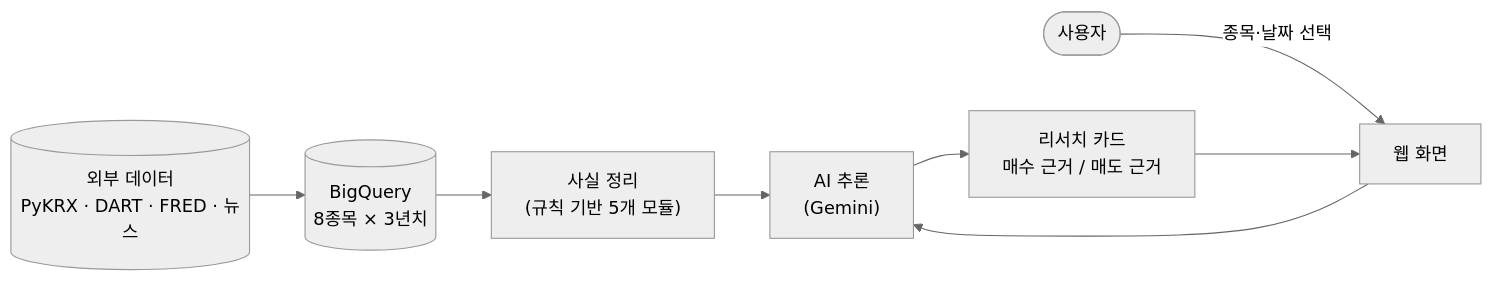
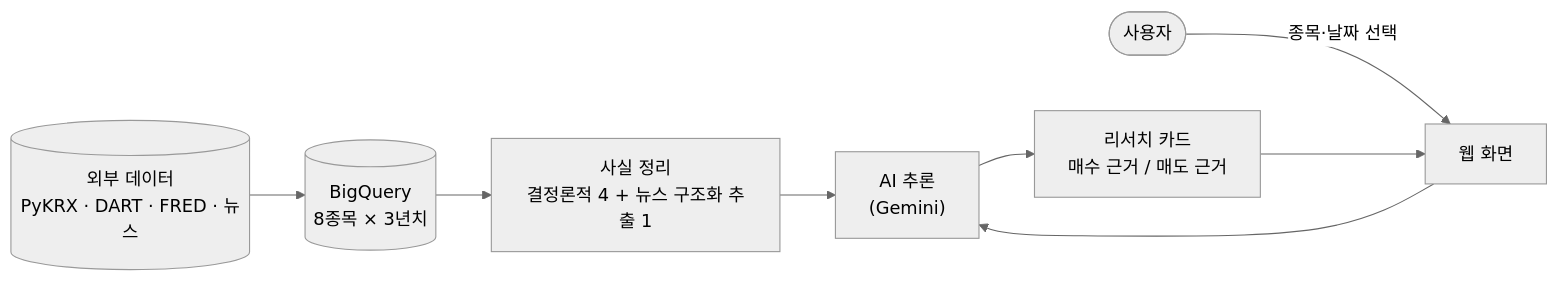
One commit to ycseong07/stock-analysis changed the diagram in README.md. Above: the diagram before and after it, drawn with Mermaid (neutral theme). The commit also changed other lines of this file, not shown here.

````diff
--- a/README.md
+++ b/README.md
@@ -33,10 +40,10 @@
 ```mermaid
 flowchart LR
     DATA[("외부 데이터<br/>PyKRX · DART · FRED · 뉴스")] --> BQ[("BigQuery<br/>8종목 × 3년치")]
-    BQ --> SIG["사실 정리<br/>(규칙 기반 5개 모듈)"]
+    BQ --> SIG["사실 정리<br/>결정론적 4 + 뉴스 구조화 추출 1"]
     SIG --> AGENT["AI 추론<br/>(Gemini)"]
     AGENT --> CARD["리서치 카드<br/>매수 근거 / 매도 근거"]
     USER(["사용자"]) -->|종목·날짜 선택| WEB["웹 화면"]
     WEB --> AGENT
     CARD --> WEB
 ```
````
